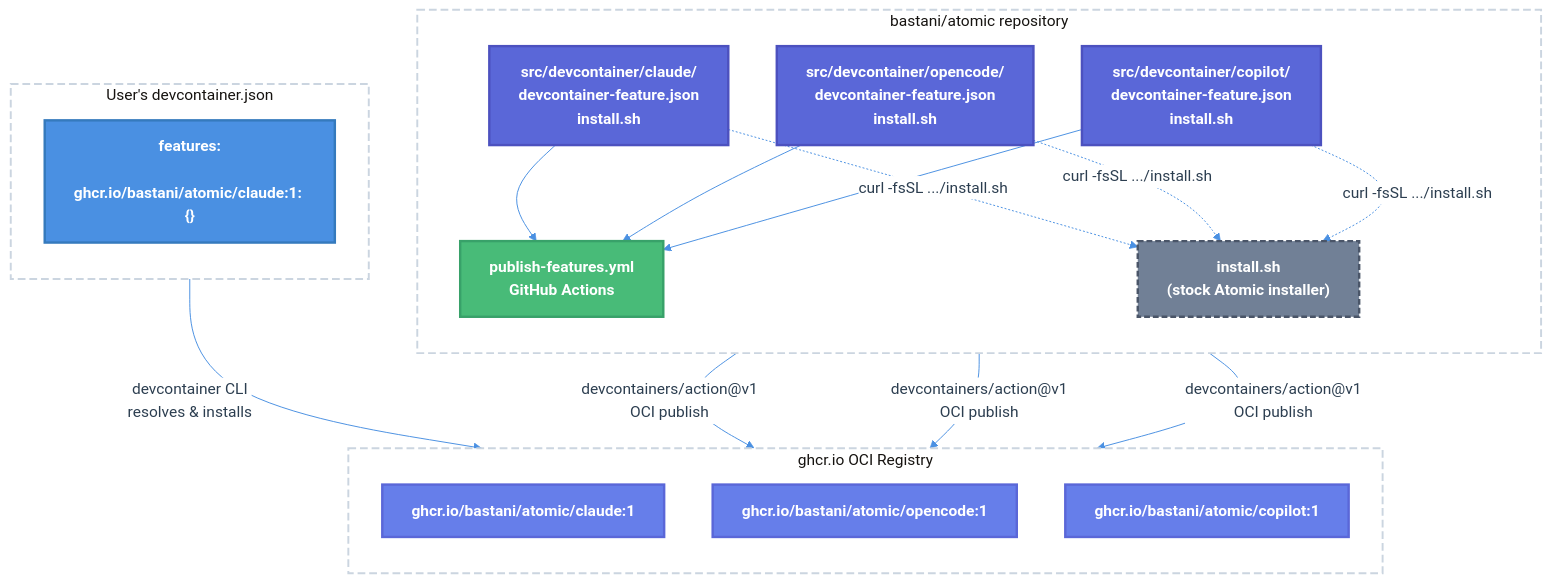
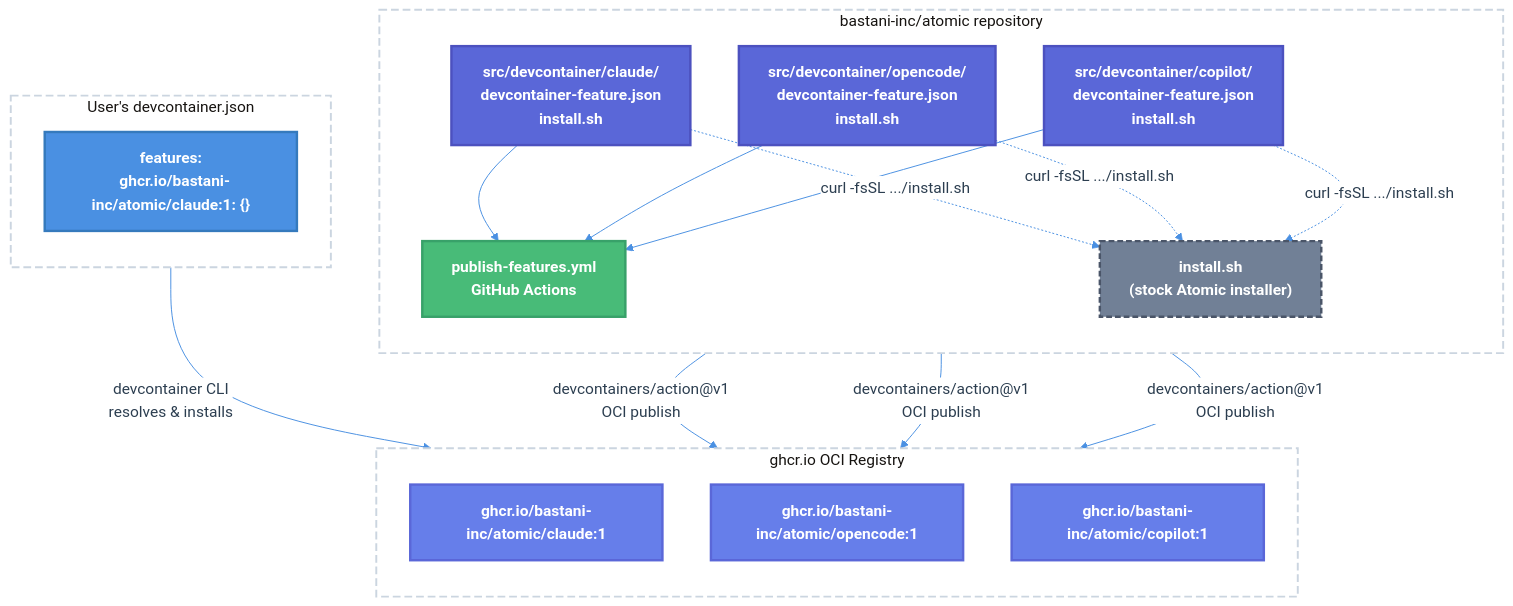
One commit to bastani-inc/atomic changed the diagram in specs/2026-03-28-devcontainer-features-ghcr-publishing.md. Above: the diagram before and after it, drawn with Mermaid. The commit also changed other lines of this file and 170 other files, not shown here.

````diff
--- a/specs/2026-03-28-devcontainer-features-ghcr-publishing.md
+++ b/specs/2026-03-28-devcontainer-features-ghcr-publishing.md
@@ -71,40 +71,40 @@
 ```mermaid
 %%{init: {'theme':'base', 'themeVariables': { 'primaryColor':'#f8f9fa','primaryTextColor':'#2c3e50','primaryBorderColor':'#4a5568','lineColor':'#4a90e2','secondaryColor':'#ffffff','tertiaryColor':'#e9ecef'}}}%%
 
 flowchart TB
     classDef feature fill:#5a67d8,stroke:#4c51bf,stroke-width:2.5px,color:#ffffff,font-weight:600
     classDef workflow fill:#48bb78,stroke:#38a169,stroke-width:2.5px,color:#ffffff,font-weight:600
     classDef registry fill:#667eea,stroke:#5a67d8,stroke-width:2.5px,color:#ffffff,font-weight:600
     classDef user fill:#4a90e2,stroke:#357abd,stroke-width:2.5px,color:#ffffff,font-weight:600
     classDef existing fill:#718096,stroke:#4a5568,stroke-width:2.5px,color:#ffffff,font-weight:600,stroke-dasharray:6 3
 
-    subgraph SourceRepo["bastani/atomic repository"]
+    subgraph SourceRepo["bastani-inc/atomic repository"]
         direction TB
         F1["src/devcontainer/claude/<br>devcontainer-feature.json<br>install.sh"]:::feature
         F2["src/devcontainer/opencode/<br>devcontainer-feature.json<br>install.sh"]:::feature
         F3["src/devcontainer/copilot/<br>devcontainer-feature.json<br>install.sh"]:::feature
         PF["publish-features.yml<br>GitHub Actions"]:::workflow
         StockInstall["install.sh<br>(stock Atomic installer)"]:::existing
     end
 
     subgraph GHCR["ghcr.io OCI Registry"]
         direction TB
-        OCI1["ghcr.io/bastani/atomic/claude:1"]:::registry
-        OCI2["ghcr.io/bastani/atomic/opencode:1"]:::registry
-        OCI3["ghcr.io/bastani/atomic/copilot:1"]:::registry
+        OCI1["ghcr.io/bastani-inc/atomic/claude:1"]:::registry
+        OCI2["ghcr.io/bastani-inc/atomic/opencode:1"]:::registry
+        OCI3["ghcr.io/bastani-inc/atomic/copilot:1"]:::registry
     end
 
     subgraph UserDevcontainer["User's devcontainer.json"]
         direction TB
-        DC["features:<br>  ghcr.io/bastani/atomic/claude:1: {}"]:::user
+        DC["features:<br>  ghcr.io/bastani-inc/atomic/claude:1: {}"]:::user
     end
 
     F1 & F2 & F3 --> PF
     PF -->|"devcontainers/action@v1<br>OCI publish"| OCI1 & OCI2 & OCI3
     DC -->|"devcontainer CLI<br>resolves & installs"| OCI1
     F1 & F2 & F3 -.->|"curl -fsSL .../install.sh"| StockInstall
 
     style SourceRepo fill:#ffffff,stroke:#cbd5e0,stroke-width:2px,stroke-dasharray:8 4
     style GHCR fill:#ffffff,stroke:#cbd5e0,stroke-width:2px,stroke-dasharray:8 4
     style UserDevcontainer fill:#ffffff,stroke:#cbd5e0,stroke-width:2px,stroke-dasharray:8 4
 ```
````
